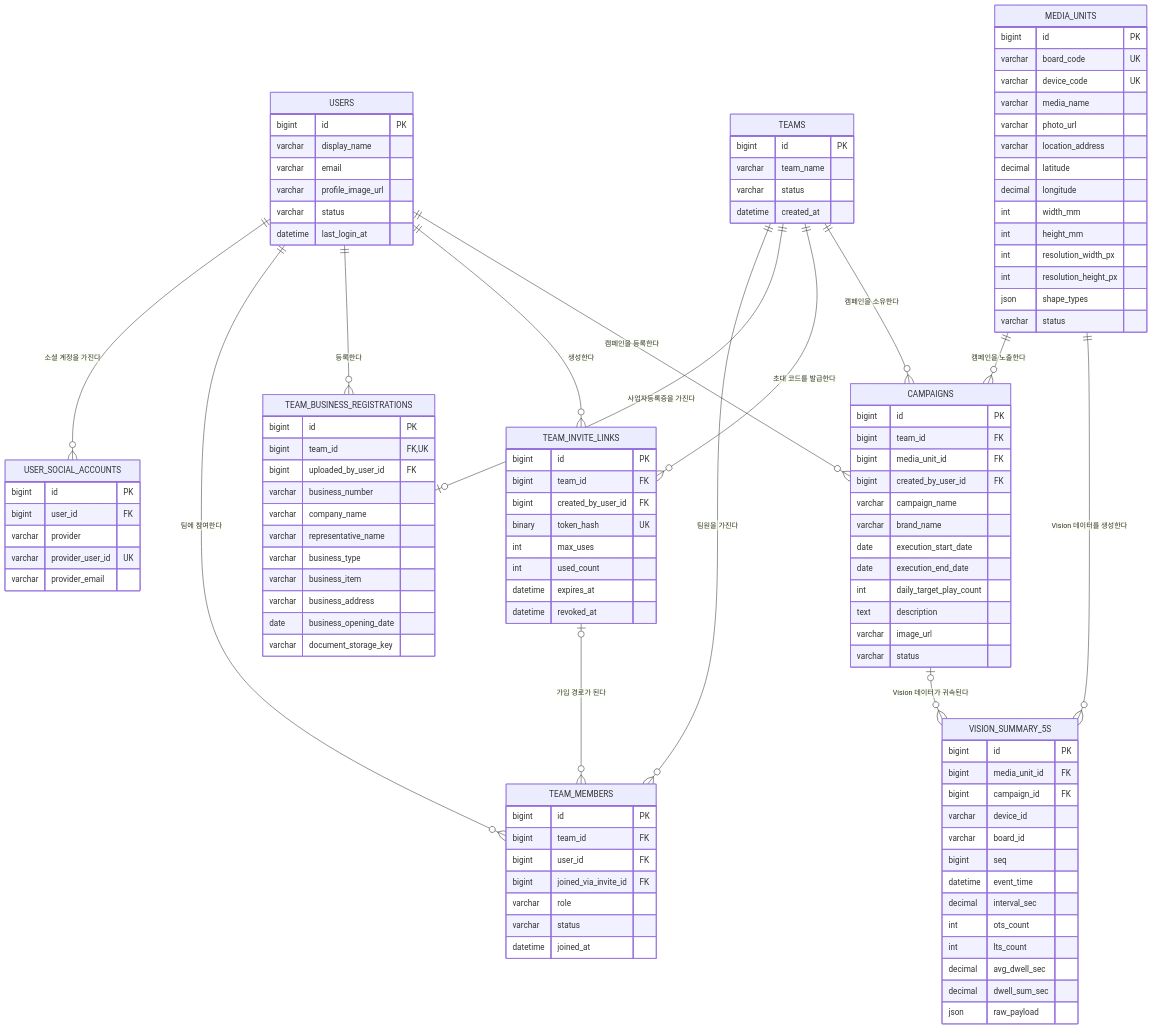
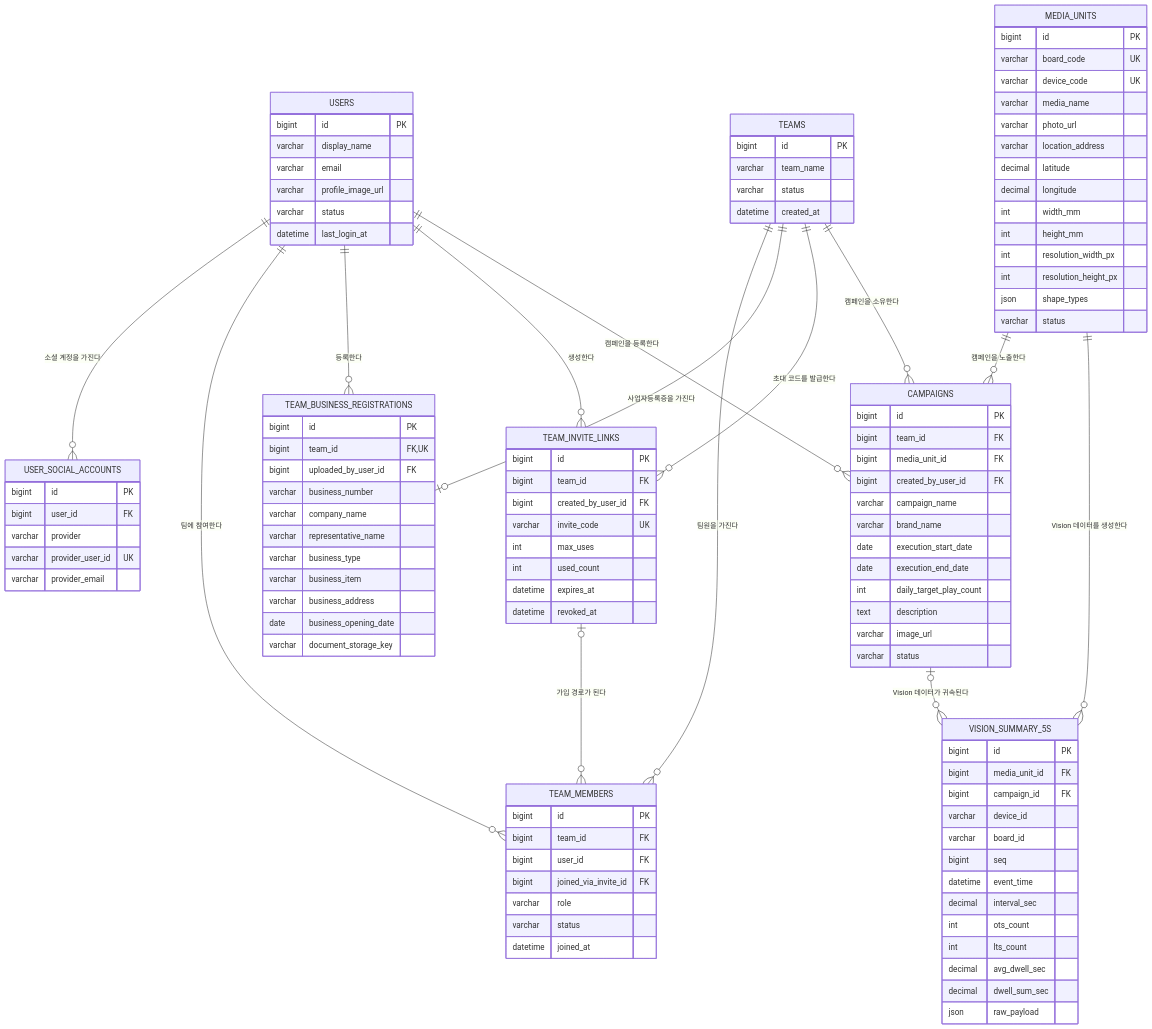
Before and after one commit to Shinhan-KLLJS/backend: the diagram in docs/mvp-database-erd.md, drawn with Mermaid. The commit also changed other lines of this file and 14 other files, not shown here.

```diff
--- a/docs/mvp-database-erd.md
+++ b/docs/mvp-database-erd.md
@@ -101,7 +101,7 @@
         bigint id PK
         bigint team_id FK
         bigint created_by_user_id FK
-        binary token_hash UK
+        varchar invite_code UK
         int max_uses
         int used_count
         datetime expires_at
```
